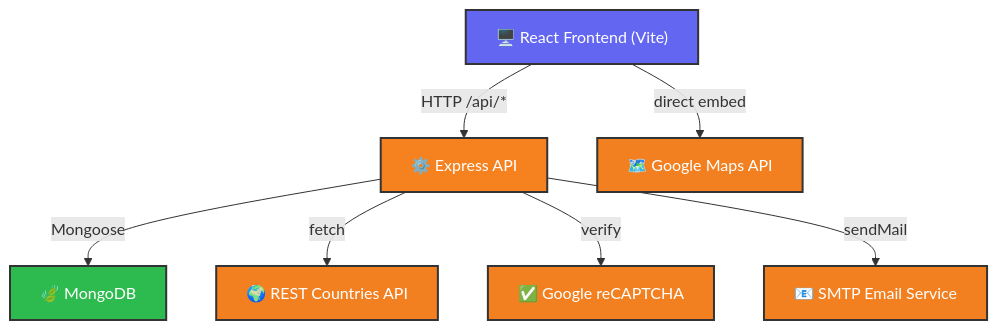
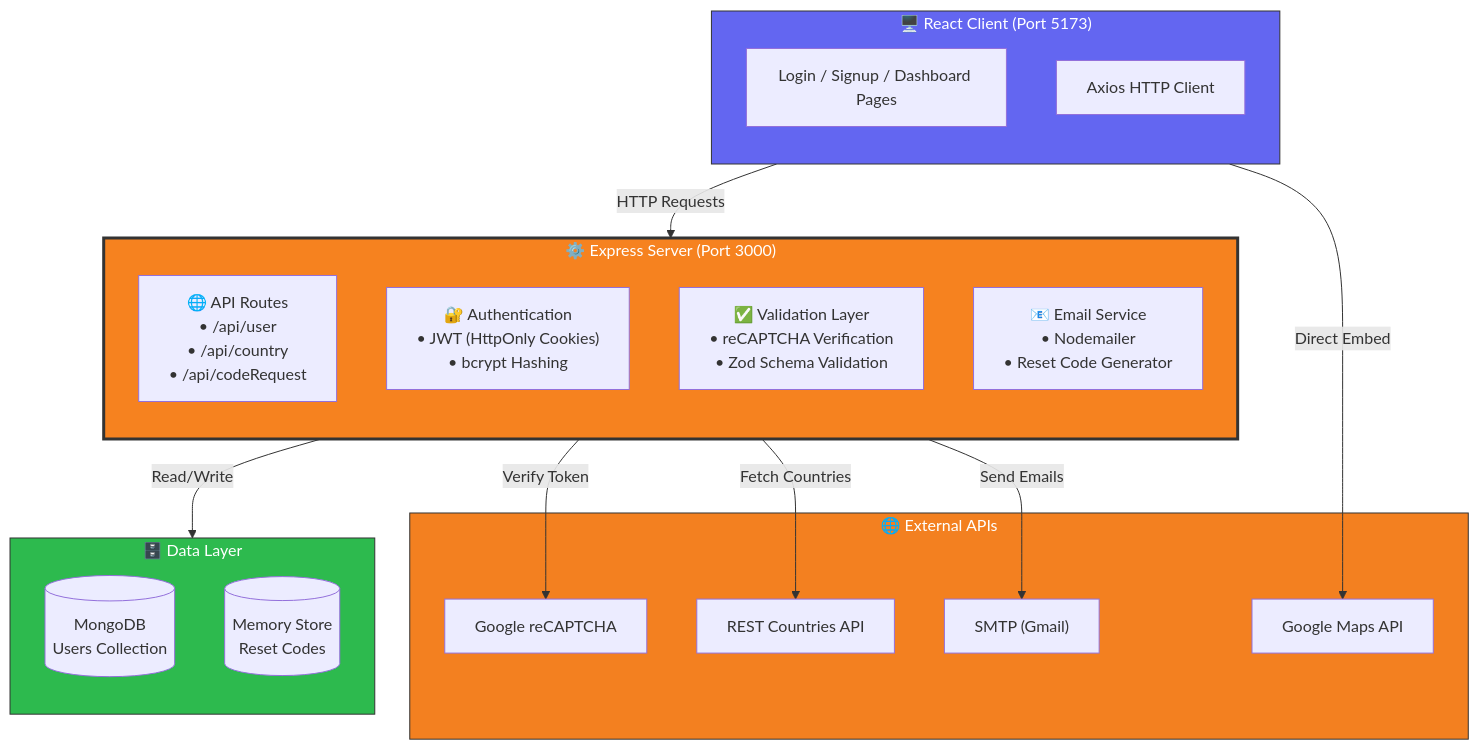
Before and after one commit to Mel000000/Authentication-User-Dashboard-App: the diagram in README.md, drawn with Mermaid.

Commit message:
Update architecture diagram in README

````diff
--- a/README.md
+++ b/README.md
@@ -113,22 +113,44 @@
 ```mermaid
-graph TD
-    classDef frontend fill:#6366F1,color:#ffffff,stroke:#333,stroke-width:2px;
-    classDef backend fill:#F6821F,color:#ffffff,stroke:#333,stroke-width:2px;
-    classDef database fill:#2DBA4E,color:#ffffff,stroke:#333,stroke-width:2px;
-    classDef external fill:#F38020,color:#ffffff,stroke:#333,stroke-width:2px;
+flowchart TB
+    subgraph Client["🖥️ React Client (Port 5173)"]
+        direction TB
+        A["Login / Signup / Dashboard Pages"]
+        B["Axios HTTP Client"]
+    end
 
-    A["🖥️ React Frontend (Vite)"]:::frontend
-    B["⚙️ Express API"]:::backend
-    C["🍃 MongoDB"]:::database
-    D["🌍 REST Countries API"]:::external
-    E["🗺️ Google Maps API"]:::external
-    F["📧 SMTP Email Service"]:::external
-    G["✅ Google reCAPTCHA"]:::external
+    subgraph Server["⚙️ Express Server (Port 3000)"]
+        direction TB
+        C["🌐 API Routes<br/>• /api/user<br/>• /api/country<br/>• /api/codeRequest"]
+        
+        D["🔐 Authentication<br/>• JWT (HttpOnly Cookies)<br/>• bcrypt Hashing"]
+        
+        E["✅ Validation Layer<br/>• reCAPTCHA Verification<br/>• Zod Schema Validation"]
+        
+        F["📧 Email Service<br/>• Nodemailer<br/>• Reset Code Generator"]
+    end
 
-    A -->|HTTP /api/*| B
-    B -->|Mongoose| C
-    B -->|fetch| D
-    B -->|verify| G
-    A -->|direct embed| E
-    B -->|sendMail| F
+    subgraph Data["🗄️ Data Layer"]
+        direction TB
+        G[("MongoDB<br/>Users Collection")]
+        H[("Memory Store<br/>Reset Codes")]
+    end
+
+    subgraph External["🌐 External APIs"]
+        I["Google reCAPTCHA"]
+        J["REST Countries API"]
+        K["Google Maps API"]
+        L["SMTP (Gmail)"]
+    end
+
+    Client -->|HTTP Requests| Server
+    Server -->|Read/Write| Data
+    Server -->|Verify Token| I
+    Server -->|Fetch Countries| J
+    Client -->|Direct Embed| K
+    Server -->|Send Emails| L
+
+    style Client fill:#6366F1,color:#fff,stroke:#333,stroke-width:1px
+    style Server fill:#F6821F,color:#fff,stroke:#333,stroke-width:3px
+    style Data fill:#2DBA4E,color:#fff,stroke:#333,stroke-width:1px
+    style External fill:#F38020,color:#fff,stroke:#333,stroke-width:1px
 ```
````
